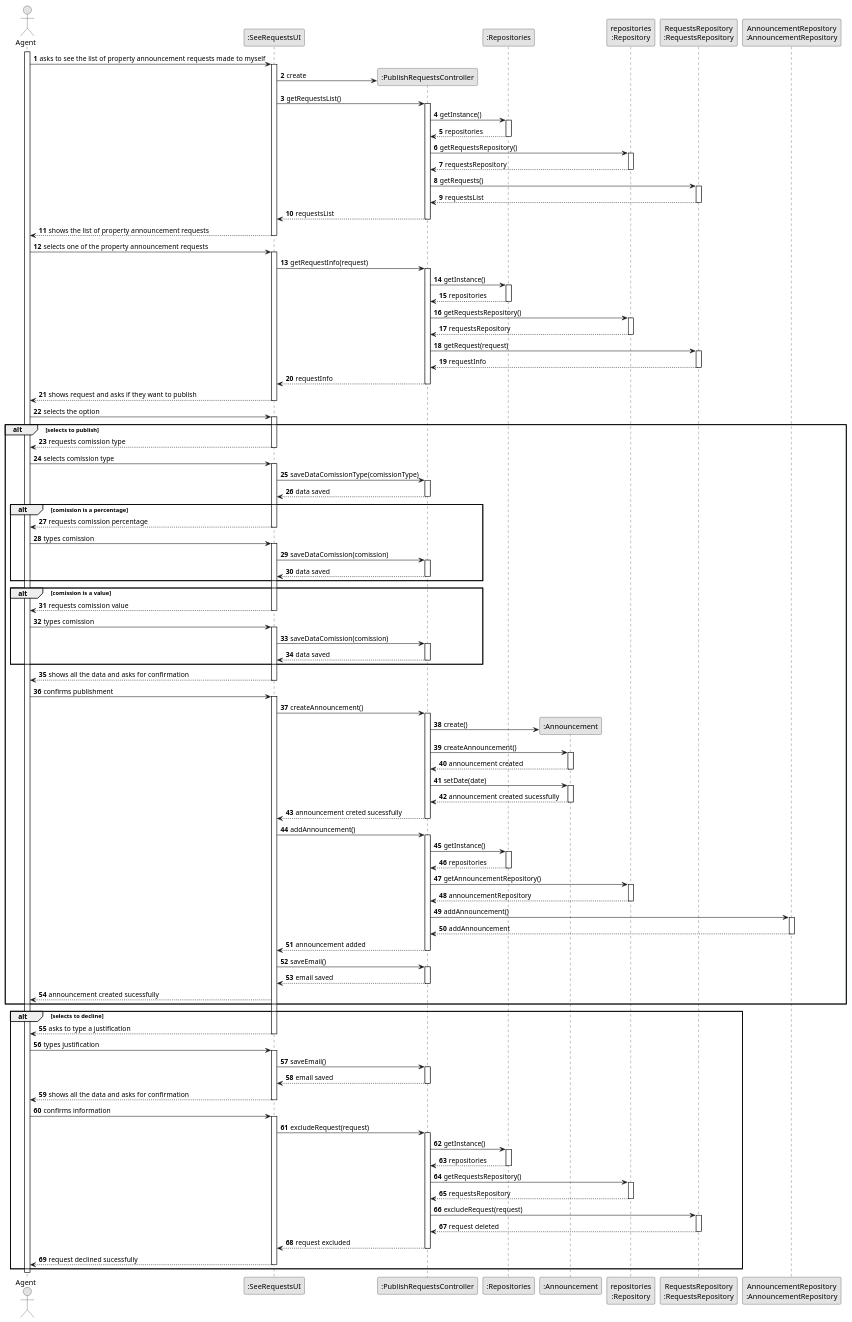
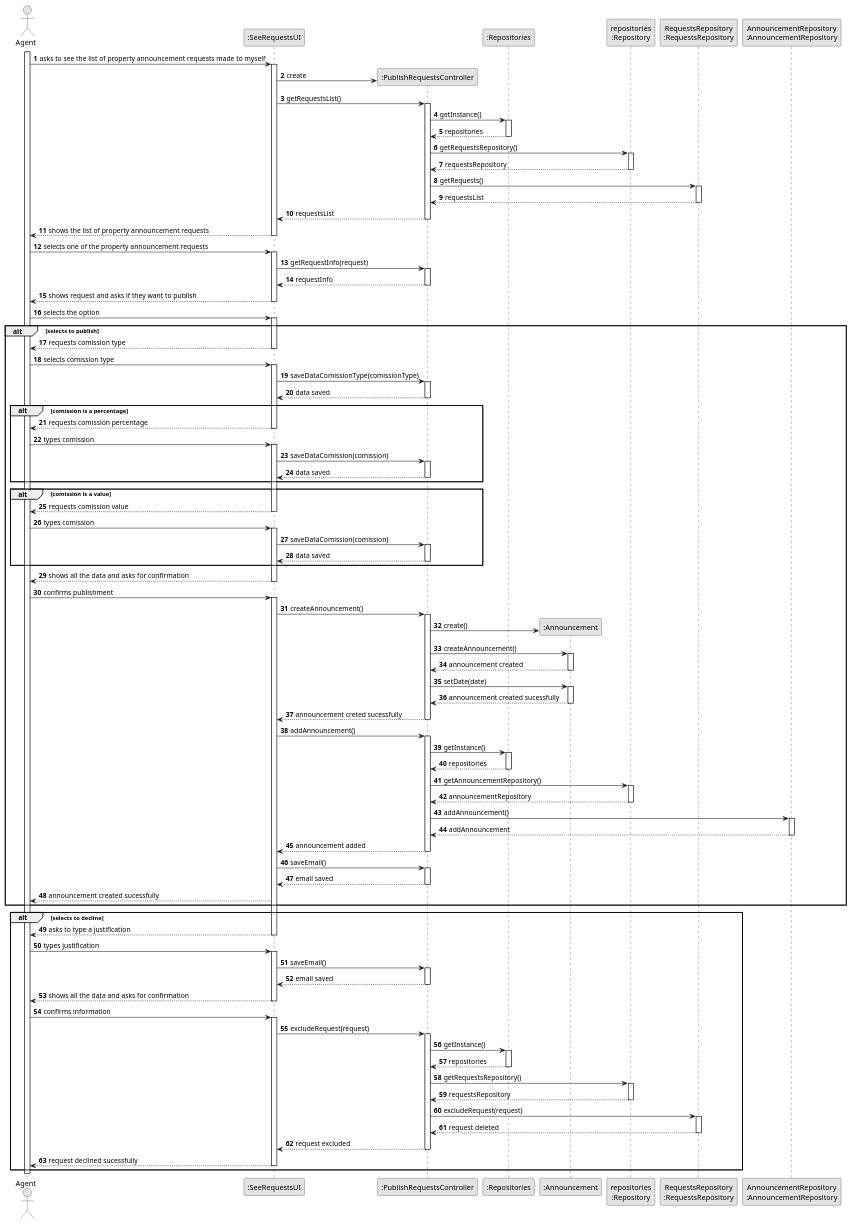
The diagram in docs/sprintC/us008/03.design/puml/us008-sequence-diagram-full.puml (1220812/LAPR2), drawn with PlantUML before and after one commit. The commit also changed 1 other file, not shown here.

```diff
--- a/docs/sprintC/us008/03.design/puml/us008-sequence-diagram-full.puml
+++ b/docs/sprintC/us008/03.design/puml/us008-sequence-diagram-full.puml
@@ -57,18 +57,7 @@
     activate UI
     UI -> CTRL : getRequestInfo(request)
     activate CTRL
-    CTRL -> REP : getInstance()
-    activate REP
-    REP --> CTRL : repositories
-    deactivate REP
-    CTRL -> PLAT : getRequestsRepository()
-    activate PLAT
-    PLAT --> CTRL : requestsRepository
-    deactivate PLAT
-    CTRL -> RequestsREP : getRequest(request)
-    activate RequestsREP
-    RequestsREP --> CTRL : requestInfo
-    deactivate RequestsREP
+
     CTRL --> UI : requestInfo
     deactivate CTRL
 
```
